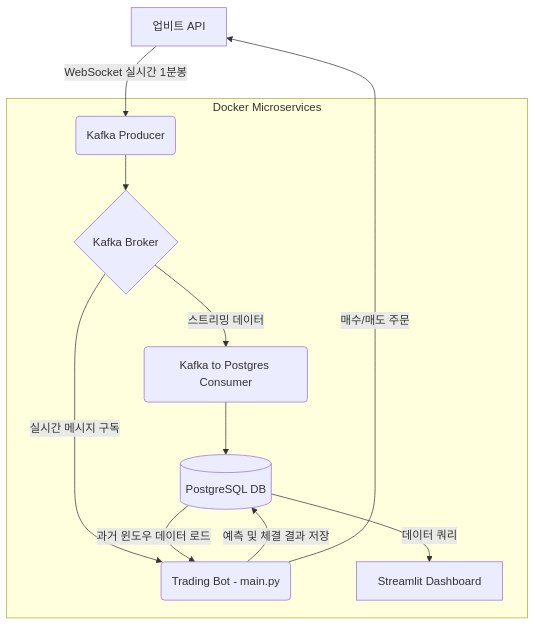
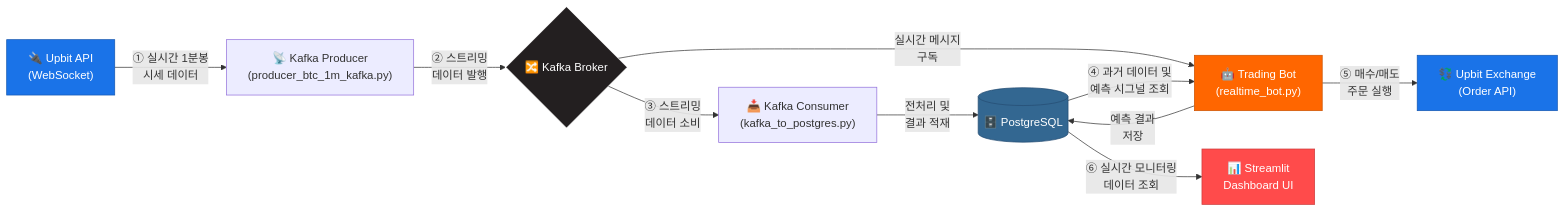
The diagram in README.md (kimchiman123/BTC_trading_bot), drawn with Mermaid before and after one commit. The commit also changed other lines of this file and 1 other file, not shown here.

````diff
--- a/README.md
+++ b/README.md
@@ -14,19 +36,23 @@
 ```mermaid
-graph TD
-    A[업비트 API] -->|WebSocket 실시간 1분봉| B(Kafka Producer)
+graph LR
+    A["🔌 Upbit API<br/>(WebSocket)"] -->|"① 실시간 1분봉<br/>시세 데이터"| B["📡 Kafka Producer<br/>(producer_btc_1m_kafka.py)"]
+    B -->|"② 스트리밍<br/>데이터 발행"| C{"🔀 Kafka Broker"}
     
-    subgraph Docker Microservices
-        B --> C{Kafka Broker}
-        C -->|스트리밍 데이터| D(Kafka to Postgres Consumer)
-        D --> E[(PostgreSQL DB)]
-        
-        C -->|실시간 메시지 구독| F(Trading Bot - main.py)
-        E -->|과거 윈도우 데이터 로드| F
-        
-        F -->|예측 및 체결 결과 저장| E
-        
-        E -->|데이터 쿼리| G[Streamlit Dashboard]
-    end
+    C -->|"③ 스트리밍<br/>데이터 소비"| D["📥 Kafka Consumer<br/>(kafka_to_postgres.py)"]
+    D -->|"전처리 및<br/>결과 적재"| E[("🗄️ PostgreSQL")]
     
-    F -->|매수/매도 주문| A
+    C -->|"실시간 메시지<br/>구독"| F["🤖 Trading Bot<br/>(realtime_bot.py)"]
+    E -->|"④ 과거 데이터 및<br/>예측 시그널 조회"| F
+    
+    F -->|"⑤ 매수/매도<br/>주문 실행"| A2["💱 Upbit Exchange<br/>(Order API)"]
+    F -->|"예측 결과<br/>저장"| E
+
+    E -->|"⑥ 실시간 모니터링<br/>데이터 조회"| G["📊 Streamlit<br/>Dashboard UI"]
+
+    style A fill:#1a73e8,stroke:#1557b0,color:#fff
+    style A2 fill:#1a73e8,stroke:#1557b0,color:#fff
+    style C fill:#231F20,stroke:#fff,color:#fff
+    style E fill:#336791,stroke:#264d73,color:#fff
+    style F fill:#ff6600,stroke:#cc5200,color:#fff
+    style G fill:#ff4b4b,stroke:#cc3c3c,color:#fff
 ```
````
